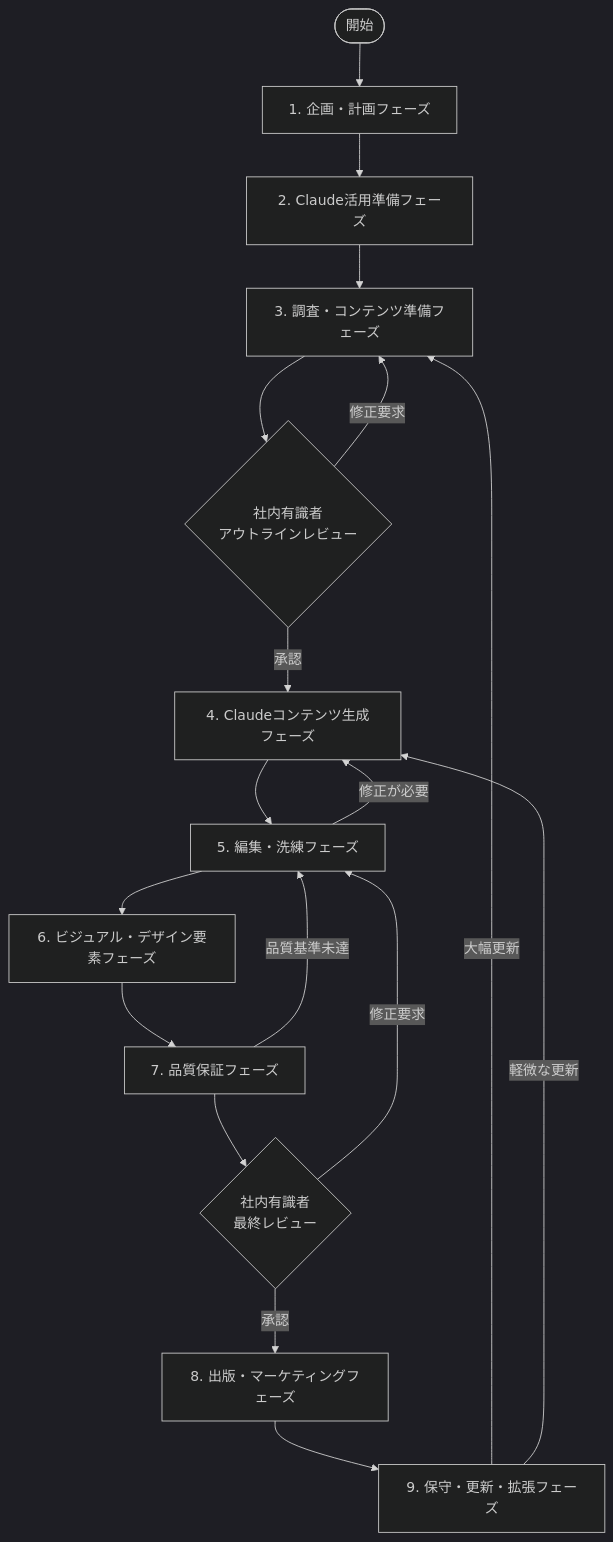
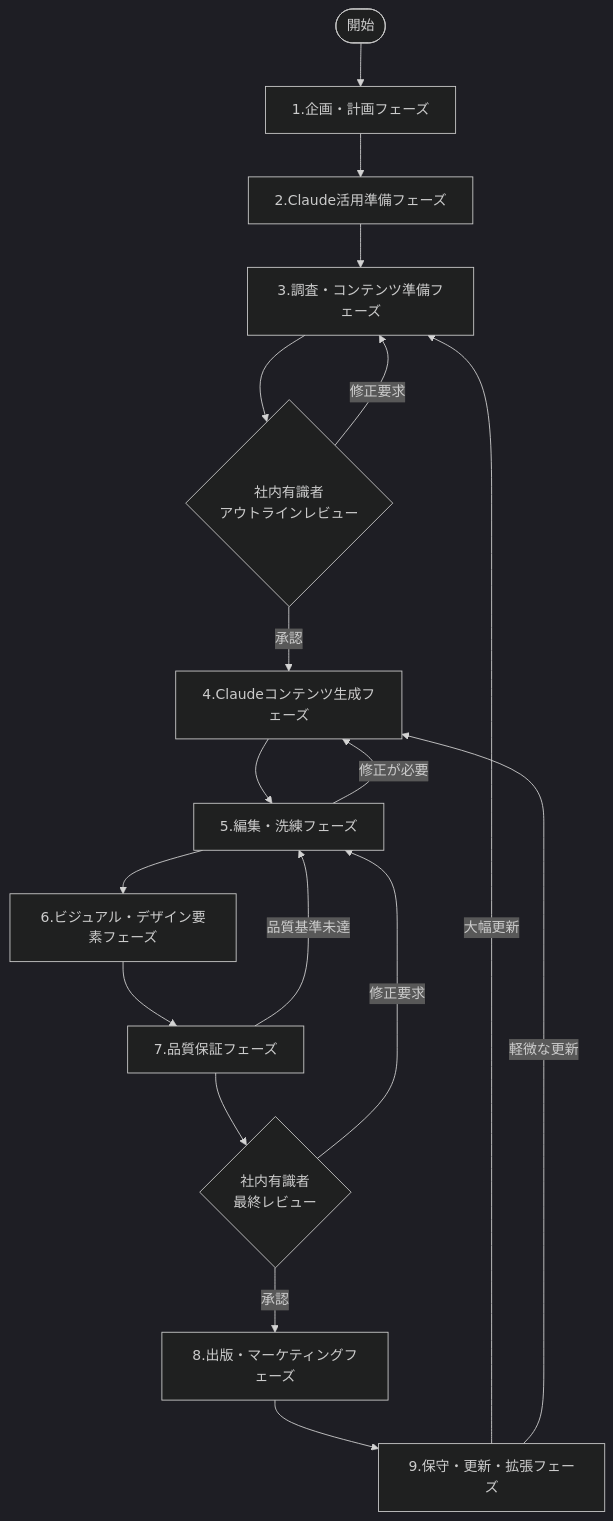
Before and after one commit to t2k2pp/BookBuilder: the first of 14 diagrams in claude-book-creation-workflow.md, drawn with Mermaid (dark theme). The commit also changed other lines of this file, not shown here.

````diff
--- a/claude-book-creation-workflow.md
+++ b/claude-book-creation-workflow.md
@@ -38,22 +38,22 @@
 ```mermaid
 flowchart TD
-    Start([開始]) --> Plan[1. 企画・計画フェーズ]
-    Plan --> ClaudePrep[2. Claude活用準備フェーズ]
-    ClaudePrep --> Research[3. 調査・コンテンツ準備フェーズ]
-    Research --> OutlineReview{社内有識者\nアウトラインレビュー}
-    OutlineReview -->|承認| Generate[4. Claudeコンテンツ生成フェーズ]
+    Start([開始]) --> Plan[1.企画・計画フェーズ]
+    Plan --> ClaudePrep[2.Claude活用準備フェーズ]
+    ClaudePrep --> Research[3.調査・コンテンツ準備フェーズ]
+    Research --> OutlineReview{社内有識者<BR>アウトラインレビュー}
+    OutlineReview -->|承認| Generate[4.Claudeコンテンツ生成フェーズ]
     OutlineReview -->|修正要求| Research
-    Generate --> Edit[5. 編集・洗練フェーズ]
-    Edit --> Visual[6. ビジュアル・デザイン要素フェーズ]
-    Visual --> QA[7. 品質保証フェーズ]
-    QA --> FinalReview{社内有識者\n最終レビュー}
-    FinalReview -->|承認| Publish[8. 出版・マーケティングフェーズ]
+    Generate --> Edit[5.編集・洗練フェーズ]
+    Edit --> Visual[6.ビジュアル・デザイン要素フェーズ]
+    Visual --> QA[7.品質保証フェーズ]
+    QA --> FinalReview{社内有識者<BR>最終レビュー}
+    FinalReview -->|承認| Publish[8.出版・マーケティングフェーズ]
     FinalReview -->|修正要求| Edit
-    Publish --> Maintain[9. 保守・更新・拡張フェーズ]
+    Publish --> Maintain[9.保守・更新・拡張フェーズ]
     
     %% フィードバックループと繰り返しプロセス
     Edit -->|修正が必要| Generate
     QA -->|品質基準未達| Edit
     Maintain -->|大幅更新| Research
     Maintain -->|軽微な更新| Generate
 ```
````
